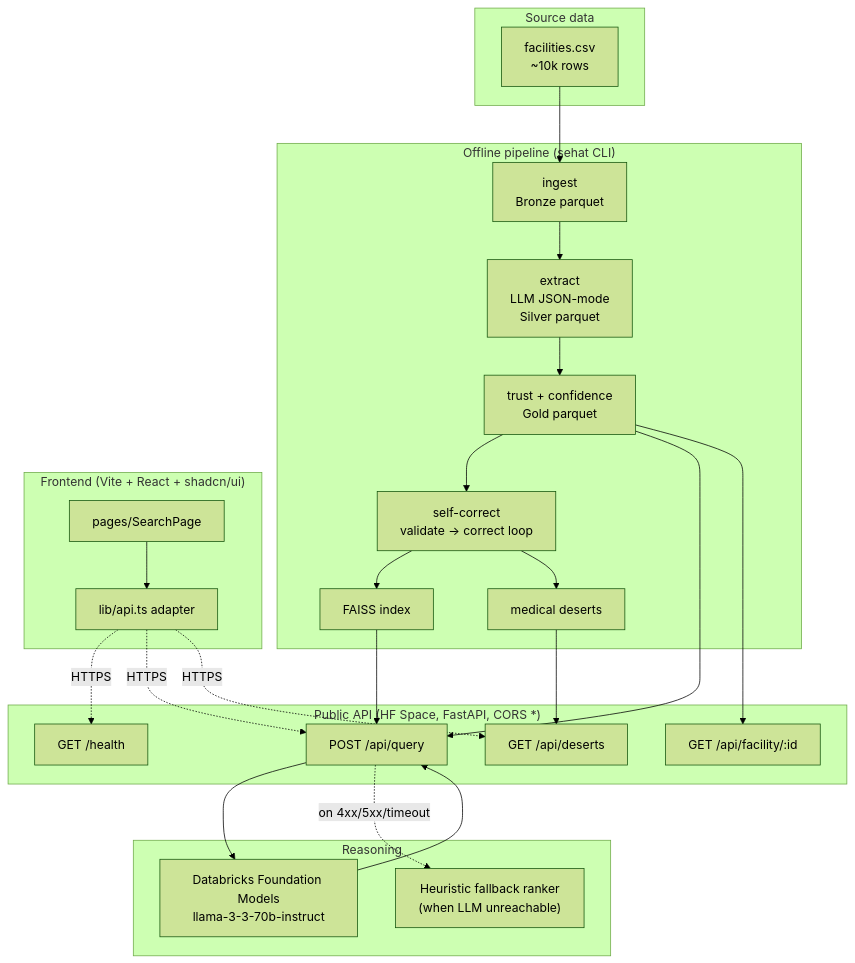
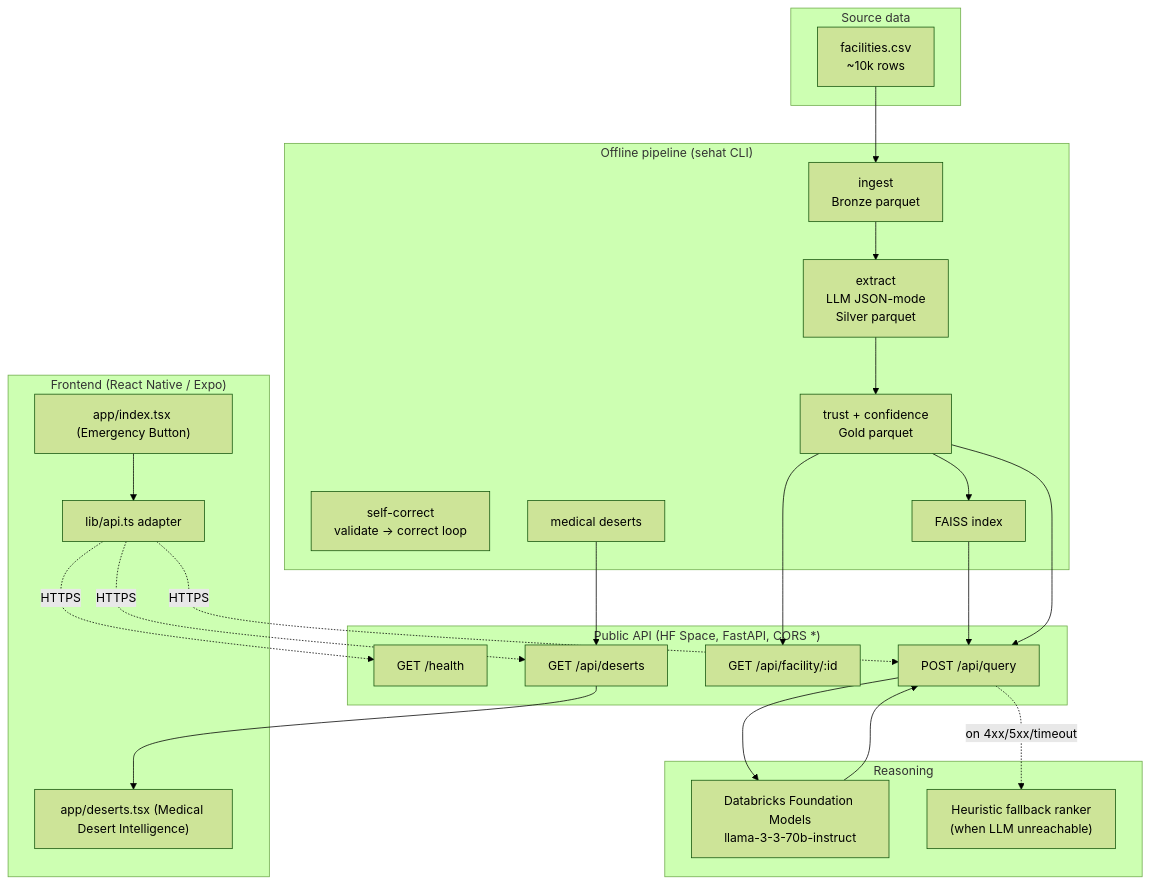
One commit to adanaamir/Care_Atlas changed the first of 2 diagrams in README.md. Above: the diagram before and after it, drawn with Mermaid (forest theme). The commit also changed other lines of this file and 24 other files, not shown here.

````diff
--- a/README.md
+++ b/README.md
@@ -59,50 +40,50 @@
 ```mermaid
 flowchart TD
   subgraph SRC[Source data]
     CSV["facilities.csv<br/>~10k rows"]
   end
 
   subgraph PIPE["Offline pipeline (sehat CLI)"]
     INGEST["ingest<br/>Bronze parquet"]
     EXTRACT["extract<br/>LLM JSON-mode<br/>Silver parquet"]
     TRUST["trust + confidence<br/>Gold parquet"]
     CORRECT["self-correct<br/>validate -> correct loop"]
     INDEX["FAISS index"]
     DESERTS["medical deserts"]
   end
 
   subgraph API["Public API (HF Space, FastAPI, CORS *)"]
     H["GET /health"]
     Q["POST /api/query"]
     F["GET /api/facility/:id"]
     D["GET /api/deserts"]
   end
 
   subgraph LLM["Reasoning"]
     DBRX["Databricks Foundation Models<br/>llama-3-3-70b-instruct"]
     FALL["Heuristic fallback ranker<br/>(when LLM unreachable)"]
   end
 
-  subgraph UI["Frontend (Vite + React + shadcn/ui)"]
-    APP["pages/SearchPage"]
+  subgraph UI["Frontend (React Native / Expo)"]
+    APP["app/index.tsx (Emergency Button)"]
+    DESERT["app/deserts.tsx (Medical Desert Intelligence)"]
     ADAPT["lib/api.ts adapter"]
   end
 
-  CSV --> INGEST --> EXTRACT --> TRUST --> CORRECT
-  CORRECT --> INDEX
-  CORRECT --> DESERTS
-
+  CSV --> INGEST --> EXTRACT --> TRUST --> INDEX
   INDEX --> Q
   TRUST --> Q
   TRUST --> F
   DESERTS --> D
 
   Q --> DBRX
+  D --> DESERT
+
   Q -.->|on 4xx/5xx/timeout| FALL
   DBRX --> Q
 
   APP --> ADAPT
   ADAPT -.->|HTTPS| H
   ADAPT -.->|HTTPS| Q
   ADAPT -.->|HTTPS| D
 ```
````
